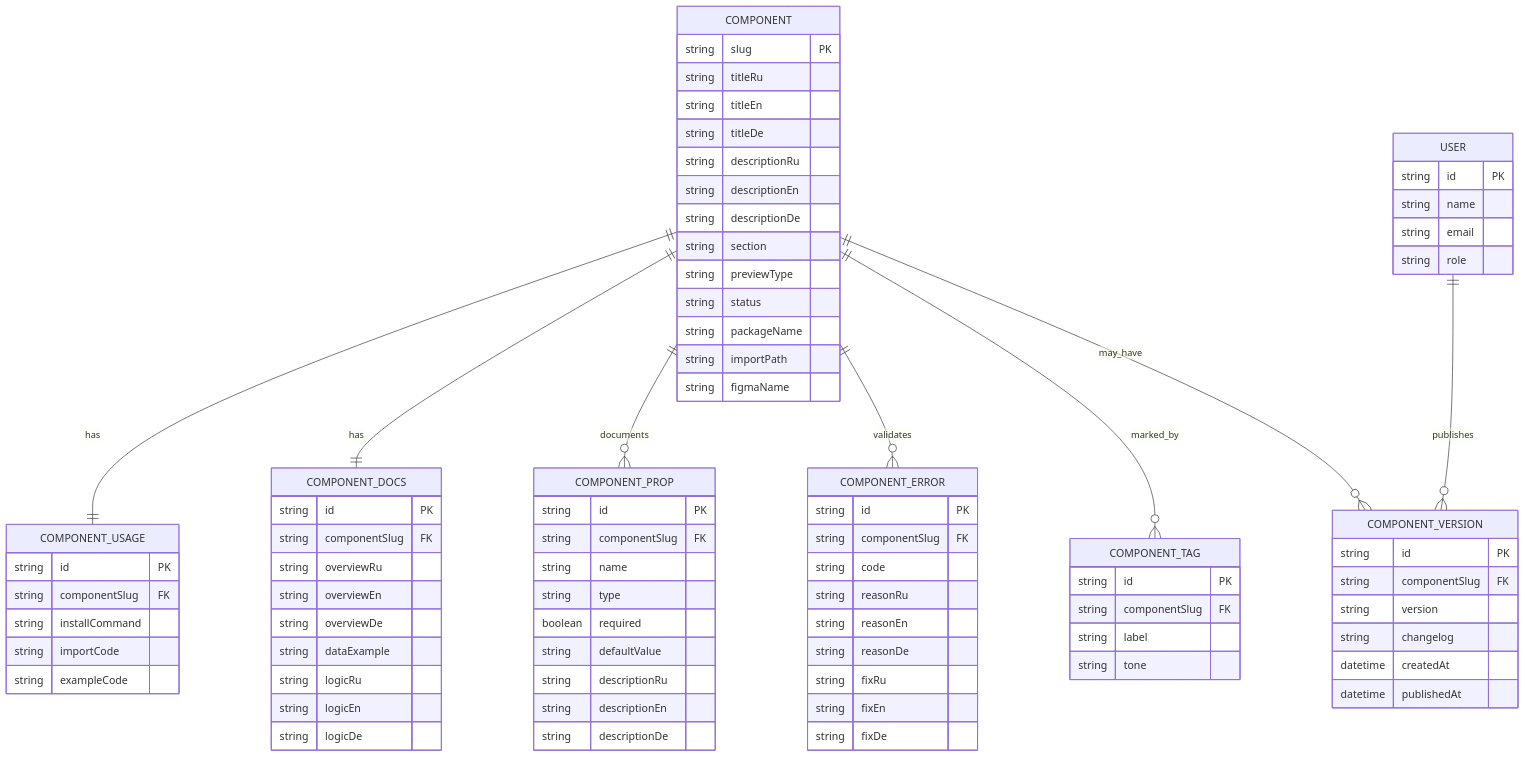
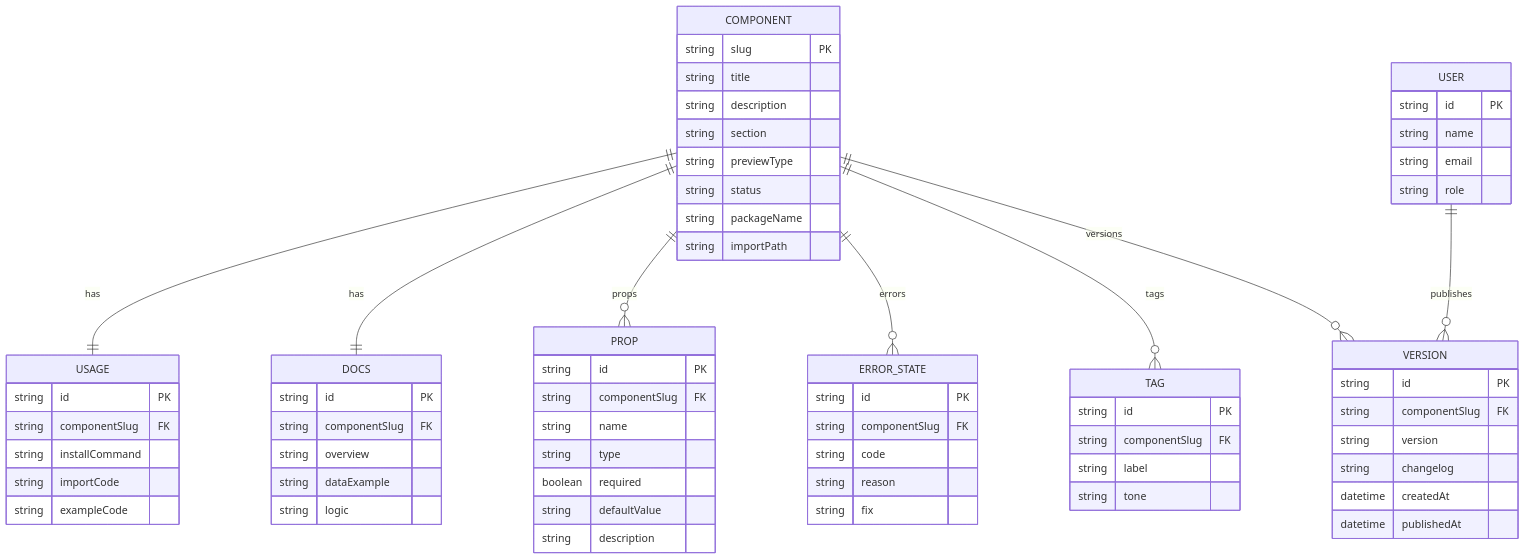
Before and after one commit to 4Raus/GridiFy: the seventh of 8 diagrams in README.md, drawn with Mermaid. The commit also changed other lines of this file, not shown here.

````diff
--- a/README.md
+++ b/README.md
@@ -676,21 +706,16 @@
 erDiagram
     COMPONENT {
         string slug PK
-        string titleRu
-        string titleEn
-        string titleDe
-        string descriptionRu
-        string descriptionEn
-        string descriptionDe
+        string title
+        string description
         string section
         string previewType
         string status
         string packageName
         string importPath
-        string figmaName
     }
 
-    COMPONENT_USAGE {
+    USAGE {
         string id PK
         string componentSlug FK
         string installCommand
@@ -698,50 +723,40 @@
         string exampleCode
     }
 
-    COMPONENT_DOCS {
+    DOCS {
         string id PK
         string componentSlug FK
-        string overviewRu
-        string overviewEn
-        string overviewDe
+        string overview
         string dataExample
-        string logicRu
-        string logicEn
-        string logicDe
+        string logic
     }
 
-    COMPONENT_PROP {
+    PROP {
         string id PK
         string componentSlug FK
         string name
         string type
         boolean required
         string defaultValue
-        string descriptionRu
-        string descriptionEn
-        string descriptionDe
+        string description
     }
 
-    COMPONENT_ERROR {
+    ERROR_STATE {
         string id PK
         string componentSlug FK
         string code
-        string reasonRu
-        string reasonEn
-        string reasonDe
-        string fixRu
-        string fixEn
-        string fixDe
+        string reason
+        string fix
     }
 
-    COMPONENT_TAG {
+    TAG {
         string id PK
         string componentSlug FK
         string label
         string tone
     }
 
-    COMPONENT_VERSION {
+    VERSION {
         string id PK
         string componentSlug FK
         string version
@@ -757,11 +772,11 @@
         string role
     }
 
-    COMPONENT ||--|| COMPONENT_USAGE : has
-    COMPONENT ||--|| COMPONENT_DOCS : has
-    COMPONENT ||--o{ COMPONENT_PROP : documents
-    COMPONENT ||--o{ COMPONENT_ERROR : validates
-    COMPONENT ||--o{ COMPONENT_TAG : marked_by
-    COMPONENT ||--o{ COMPONENT_VERSION : may_have
-    USER ||--o{ COMPONENT_VERSION : publishes
+    COMPONENT ||--|| USAGE : has
+    COMPONENT ||--|| DOCS : has
+    COMPONENT ||--o{ PROP : props
+    COMPONENT ||--o{ ERROR_STATE : errors
+    COMPONENT ||--o{ TAG : tags
+    COMPONENT ||--o{ VERSION : versions
+    USER ||--o{ VERSION : publishes
 ```
````
